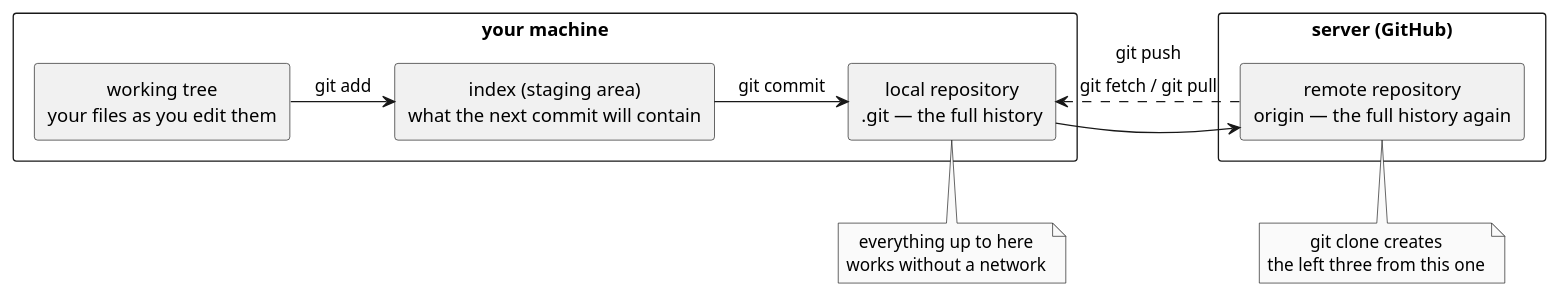
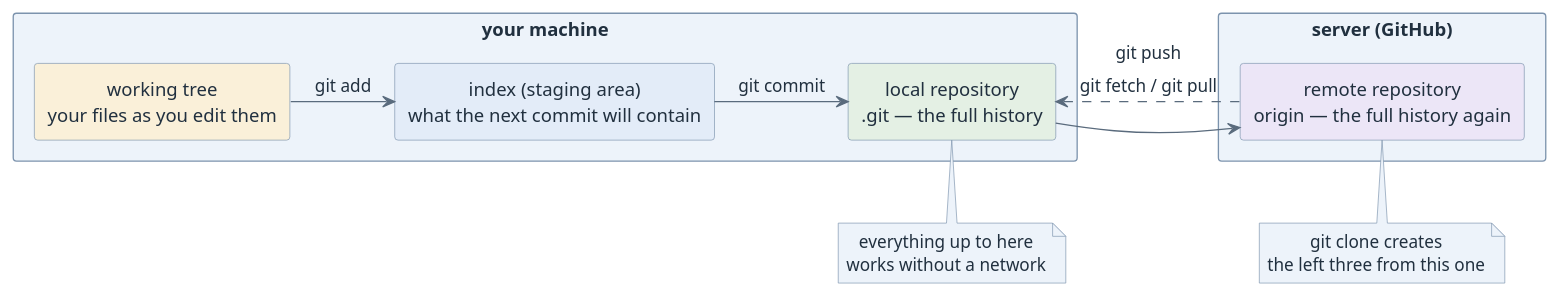
Before and after one commit to htl-leonding-college/curriculum-syp3: the diagram in modules/git-basics/index.adoc, drawn with PlantUML. The commit also changed 65 other files, not shown here.

First line of the commit message:
feat(site): give the diagrams a semantic pastel palette

```diff
--- a/modules/git-basics/index.adoc
+++ b/modules/git-basics/index.adoc
@@ -33,26 +33,29 @@
 [plantuml,git-architecture,svg]
 ----
 @startuml
-skinparam monochrome true
+<style>
+element { BackgroundColor #EDF3FA; LineColor #7C93AD; FontColor #21303F }
+arrow { LineColor #5A6B7D; FontColor #21303F }
+</style>
 skinparam shadowing false
 skinparam defaultTextAlignment center
 
 rectangle "your machine" {
-  rectangle "working tree\nyour files as you edit them" as W
-  rectangle "index (staging area)\nwhat the next commit will contain" as I
-  rectangle "local repository\n.git — the full history" as L
+  rectangle "working tree\nyour files as you edit them" as W #FAF0D9
+  rectangle "index (staging area)\nwhat the next commit will contain" as I #E3ECF8
+  rectangle "local repository\n.git — the full history" as L #E4F0E4
 }
 
 rectangle "server (GitHub)" {
-  rectangle "remote repository\norigin — the full history again" as R
+  rectangle "remote repository\norigin — the full history again" as R #ECE6F7
 }
 
 W -right-> I : git add
 I -right-> L : git commit
 L -right-> R : git push
 R -[dashed]left-> L : git fetch / git pull
 
 note bottom of L : everything up to here\nworks without a network
 note bottom of R : git clone creates\nthe left three from this one
 @enduml
 ----
```
